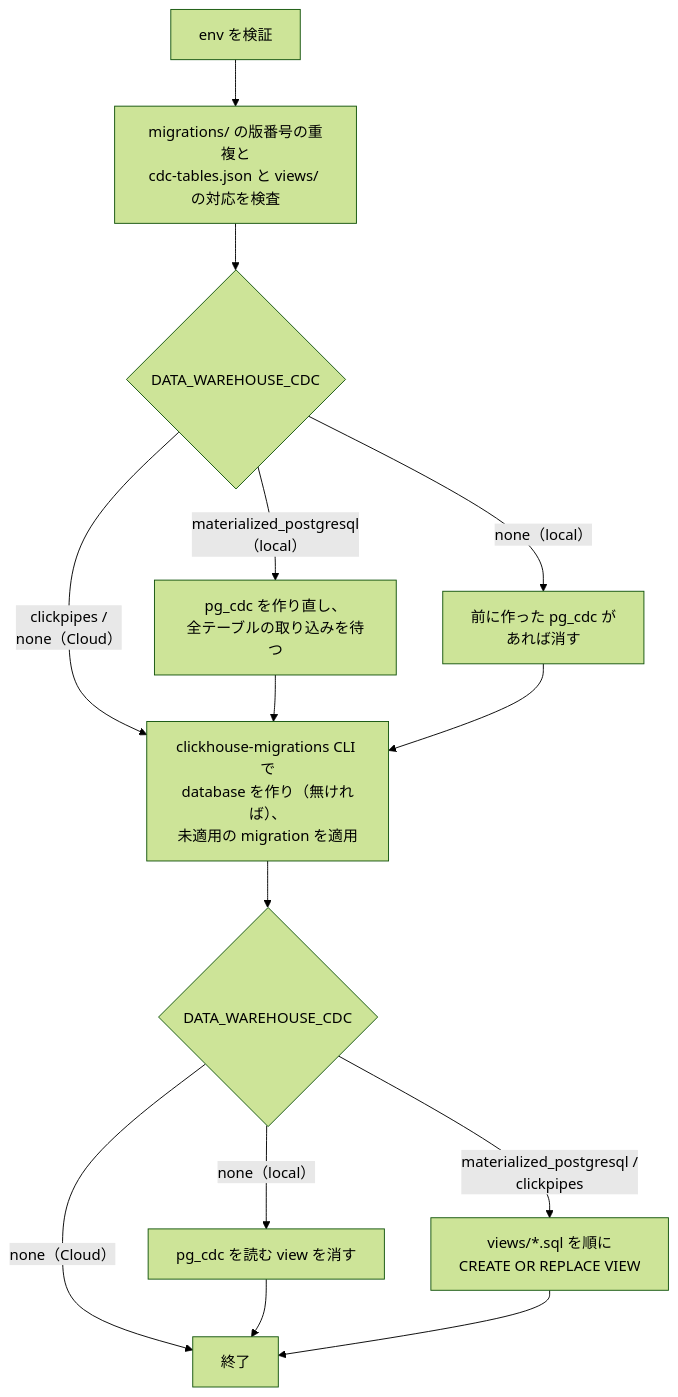
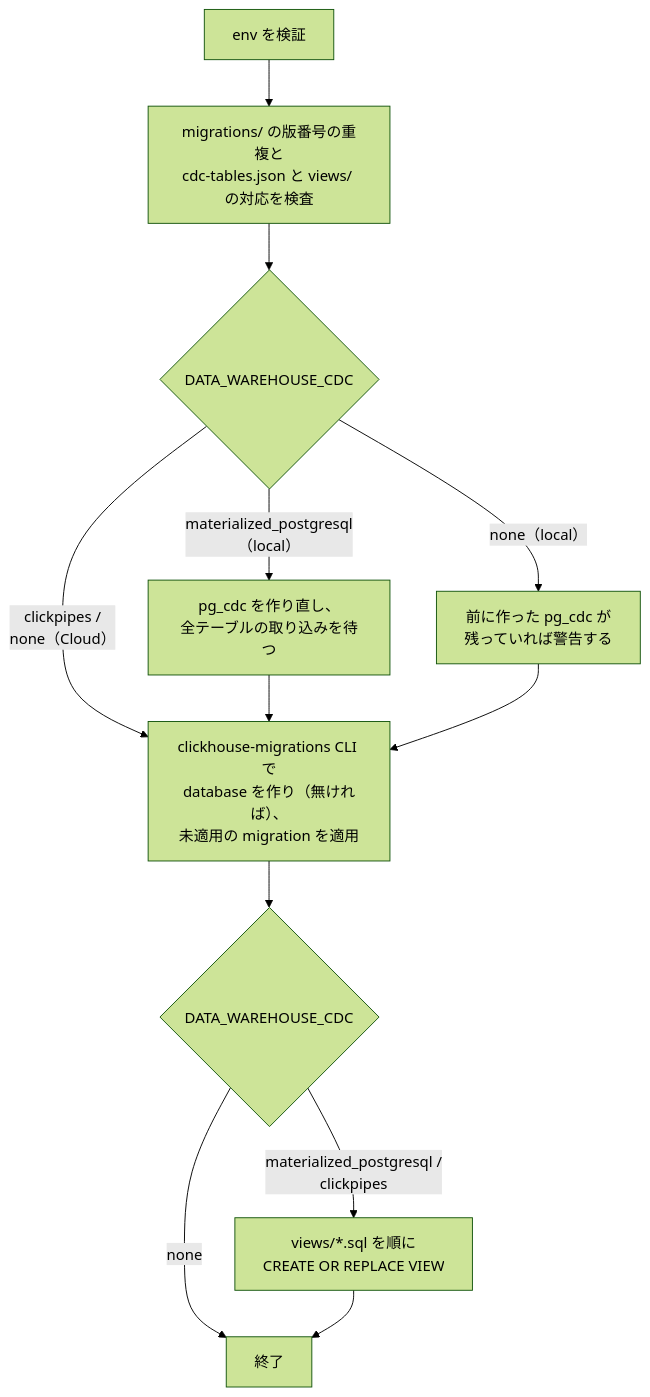
The second of 5 diagrams in docs/spec/clickhouse-migration/README.md (kentakki416/project-template), drawn with Mermaid (forest theme) before and after one commit. The commit also changed other lines of this file and 9 other files, not shown here.

Commit message:
chore(data-warehouse): pr-review（#134）と CodeRabbit の指摘を直す（既定の migration は何も消さず、前に作った pg_cdc が残っていれば消し方を示す警告を出すだけにする。同じ DB 名の別プロジェクトの CDC を自分のものと取り違えたときや、pg_cdc を読む手作りの view まで消えるのを防ぐため。pg_cdc を読む view を消す処理は外し、消し方を cdc.md に書く。別プロジェクトの pg_cdc があれば作り直しと同じく止める）

````diff
--- a/docs/spec/clickhouse-migration/README.md
+++ b/docs/spec/clickhouse-migration/README.md
@@ -221,16 +221,14 @@
 ```mermaid
 flowchart TD
     A[env を検証] --> B[migrations/ の版番号の重複と<br/>cdc-tables.json と views/ の対応を検査]
     B --> C{DATA_WAREHOUSE_CDC}
     C -- materialized_postgresql<br/>（local） --> D[pg_cdc を作り直し、<br/>全テーブルの取り込みを待つ]
-    C -- none（local） --> E[前に作った pg_cdc が<br/>あれば消す]
+    C -- none（local） --> E[前に作った pg_cdc が<br/>残っていれば警告する]
     C -- clickpipes /<br/>none（Cloud） --> F
     D --> F[clickhouse-migrations CLI で<br/>database を作り（無ければ）、<br/>未適用の migration を適用]
     E --> F
     F --> G{DATA_WAREHOUSE_CDC}
-    G -- none（local） --> Y[pg_cdc を読む view を消す]
-    G -- none（Cloud） --> Z[終了]
-    Y --> Z
+    G -- none --> Z[終了]
     G -- materialized_postgresql /<br/>clickpipes --> H[views/*.sql を順に<br/>CREATE OR REPLACE VIEW]
     H --> Z
 ```
````
